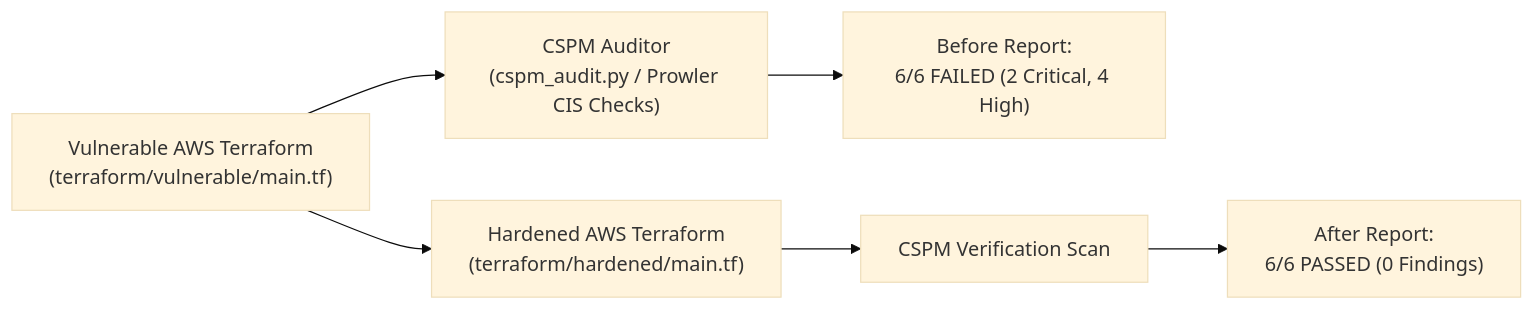
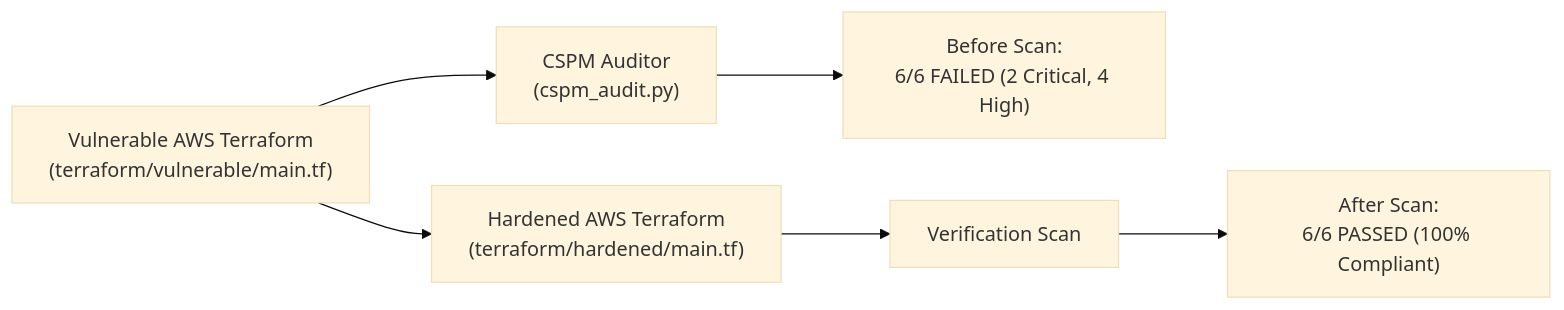
One commit to Alamnn/cloud-iam-cspm-audit changed the diagram in README.md. Above: the diagram before and after it, drawn with Mermaid (base theme). The commit also changed other lines of this file, not shown here.

````diff
--- a/README.md
+++ b/README.md
@@ -9,8 +8,8 @@
 ```mermaid
 flowchart LR
-    V["Vulnerable AWS Terraform<br/>(terraform/vulnerable/main.tf)"] --> A["CSPM Auditor<br/>(cspm_audit.py / Prowler CIS Checks)"]
-    A --> R1["Before Report:<br/>6/6 FAILED (2 Critical, 4 High)"]
+    V["Vulnerable AWS Terraform<br/>(terraform/vulnerable/main.tf)"] --> A["CSPM Auditor<br/>(cspm_audit.py)"]
+    A --> R1["Before Scan:<br/>6/6 FAILED (2 Critical, 4 High)"]
     V --> H["Hardened AWS Terraform<br/>(terraform/hardened/main.tf)"]
-    H --> A2["CSPM Verification Scan"]
-    A2 --> R2["After Report:<br/>6/6 PASSED (0 Findings)"]
+    H --> A2["Verification Scan"]
+    A2 --> R2["After Scan:<br/>6/6 PASSED (100% Compliant)"]
 ```
````
